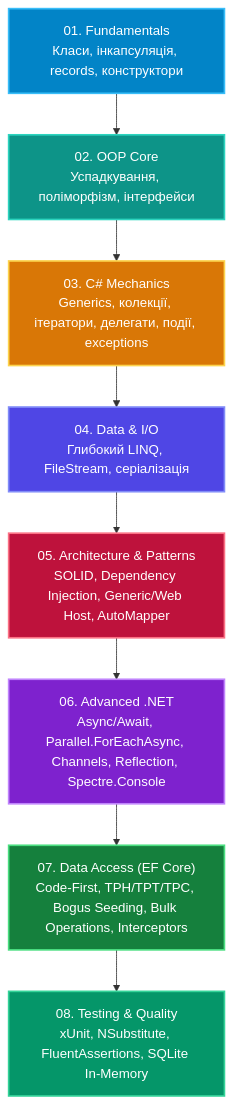
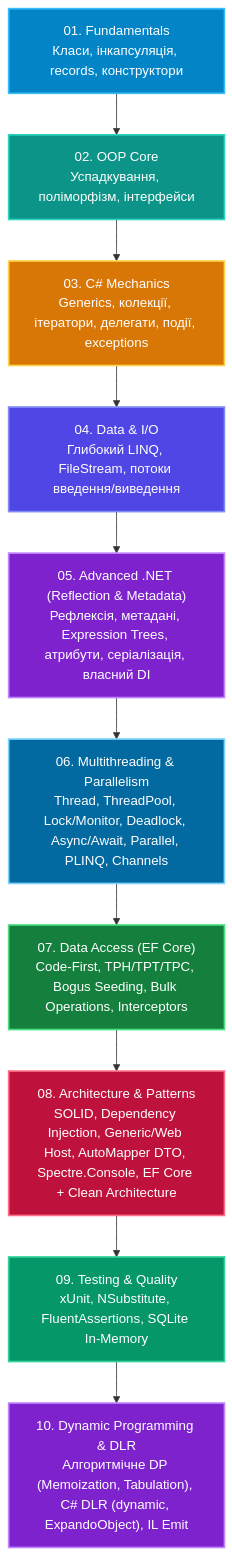
One commit to MrTomkaYurii/CSharp-OOP-Mastery changed the diagram in README.md. Above: the diagram before and after it, drawn with Mermaid. The commit also changed other lines of this file and 661 other files, not shown here.

Commit message:
Extract 06-Multithreading-And-Parallelism chapter, move Architecture & Spectre.Console to 08 after EF Core, and add EFCore+SOLID+AutoMapper+DI+Spectre capstone

````diff
--- a/README.md
+++ b/README.md
@@ -16,22 +16,25 @@
 ```mermaid
 flowchart TD
     classDef fundClass fill:#0284c7,stroke:#38bdf8,color:#ffffff,stroke-width:2px;
     classDef oopClass fill:#0d9488,stroke:#2dd4bf,color:#ffffff,stroke-width:2px;
     classDef mechClass fill:#d97706,stroke:#fcd34d,color:#ffffff,stroke-width:2px;
     classDef dataClass fill:#4f46e5,stroke:#818cf8,color:#ffffff,stroke-width:2px;
+    classDef metaClass fill:#7e22ce,stroke:#c084fc,color:#ffffff,stroke-width:2px;
+    classDef mtClass fill:#0369a1,stroke:#7dd3fc,color:#ffffff,stroke-width:2px;
+    classDef efClass fill:#15803d,stroke:#4ade80,color:#ffffff,stroke-width:2px;
     classDef archClass fill:#be123c,stroke:#fb7185,color:#ffffff,stroke-width:2px;
-    classDef advClass fill:#7e22ce,stroke:#c084fc,color:#ffffff,stroke-width:2px;
-    classDef efClass fill:#15803d,stroke:#4ade80,color:#ffffff,stroke-width:2px;
     classDef testClass fill:#059669,stroke:#34d399,color:#ffffff,stroke-width:2px;
 
     M1["01. Fundamentals<br/>Класи, інкапсуляція, records, конструктори"]:::fundClass
     M2["02. OOP Core<br/>Успадкування, поліморфізм, інтерфейси"]:::oopClass
     M3["03. C# Mechanics<br/>Generics, колекції, ітератори, делегати, події, exceptions"]:::mechClass
-    M4["04. Data & I/O<br/>Глибокий LINQ, FileStream, серіалізація"]:::dataClass
-    M5["05. Architecture & Patterns<br/>SOLID, Dependency Injection, Generic/Web Host, AutoMapper"]:::archClass
-    M6["06. Advanced .NET<br/>Async/Await, Parallel.ForEachAsync, Channels, Reflection, Spectre.Console"]:::advClass
+    M4["04. Data & I/O<br/>Глибокий LINQ, FileStream, потоки введення/виведення"]:::dataClass
+    M5["05. Advanced .NET (Reflection & Metadata)<br/>Рефлексія, метадані, Expression Trees, атрибути, серіалізація, власний DI"]:::metaClass
+    M6["06. Multithreading & Parallelism<br/>Thread, ThreadPool, Lock/Monitor, Deadlock, Async/Await, Parallel, PLINQ, Channels"]:::mtClass
     M7["07. Data Access (EF Core)<br/>Code-First, TPH/TPT/TPC, Bogus Seeding, Bulk Operations, Interceptors"]:::efClass
-    M8["08. Testing & Quality<br/>xUnit, NSubstitute, FluentAssertions, SQLite In-Memory"]:::testClass
+    M8["08. Architecture & Patterns<br/>SOLID, Dependency Injection, Generic/Web Host, AutoMapper DTO, Spectre.Console, EF Core + Clean Architecture"]:::archClass
+    M9["09. Testing & Quality<br/>xUnit, NSubstitute, FluentAssertions, SQLite In-Memory"]:::testClass
+    M10["10. Dynamic Programming & DLR<br/>Алгоритмічне DP (Memoization, Tabulation), C# DLR (dynamic, ExpandoObject), IL Emit"]:::metaClass
 
-    M1 --> M2 --> M3 --> M4 --> M5 --> M6 --> M7 --> M8
+    M1 --> M2 --> M3 --> M4 --> M5 --> M6 --> M7 --> M8 --> M9 --> M10
 ```
````
